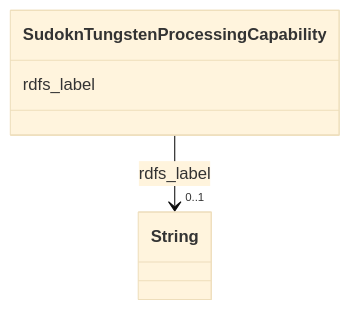
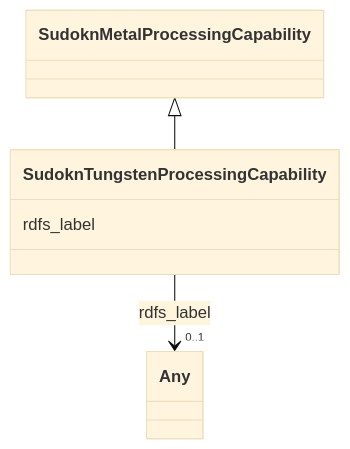
The diagram in sudokn-kg/classes/SudoknTungstenProcessingCapability.md (frink-okn/graph-descriptions), drawn with Mermaid (base theme) before and after one commit. The commit also changed other lines of this file and 903 other files, not shown here.

````diff
--- a/sudokn-kg/classes/SudoknTungstenProcessingCapability.md
+++ b/sudokn-kg/classes/SudoknTungstenProcessingCapability.md
@@ -23,15 +18,18 @@
 ```mermaid
  classDiagram
     class SudoknTungstenProcessingCapability
     click SudoknTungstenProcessingCapability href "../SudoknTungstenProcessingCapability"
+      SudoknMetalProcessingCapability <|-- SudoknTungstenProcessingCapability
+        click SudoknMetalProcessingCapability href "../SudoknMetalProcessingCapability"
+      
       SudoknTungstenProcessingCapability : rdfs_label
         
           
     
     
-    SudoknTungstenProcessingCapability --> "0..1" String : rdfs_label
-    click String href "../String"
+    SudoknTungstenProcessingCapability --> "0..1" Any : rdfs_label
+    click Any href "../Any"
 
         
       
 ```
````
